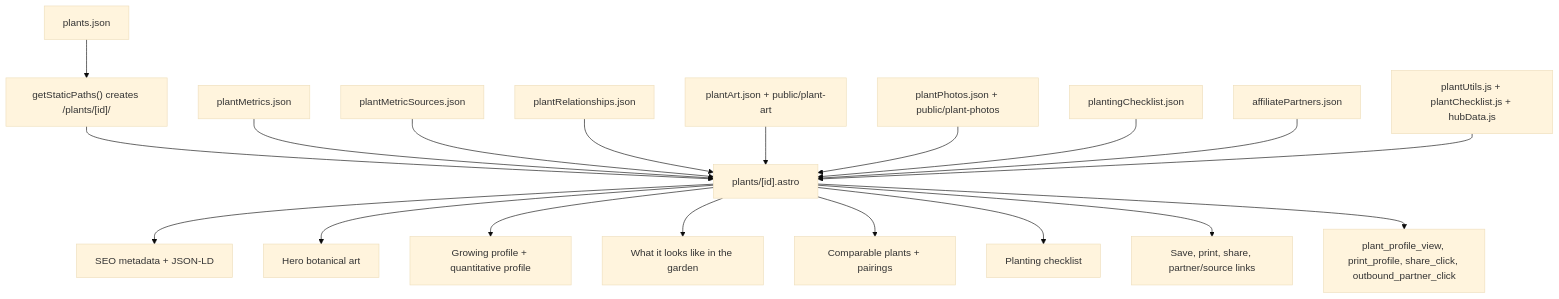
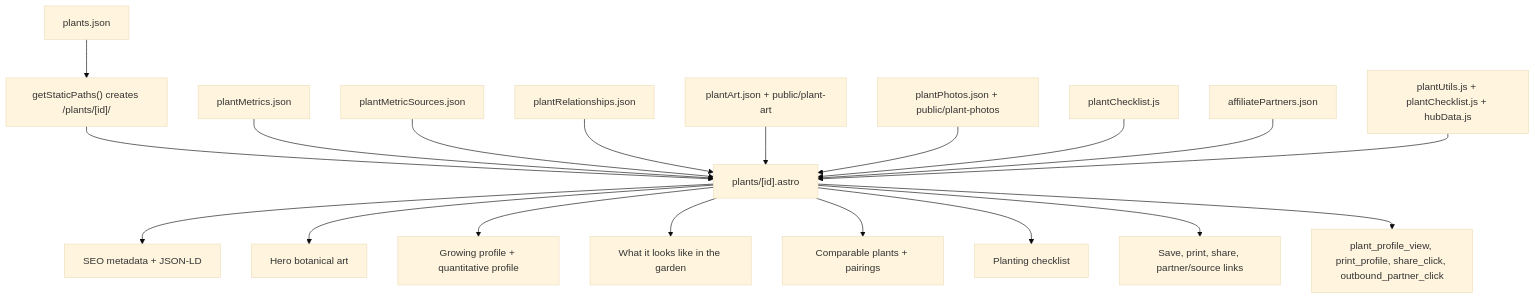
The fourth of 7 diagrams in docs/site-structure.md (aklalejini/whatshouldigrow), drawn with Mermaid (base theme) before and after one commit. The commit also changed other lines of this file and 6 other files, not shown here.

````diff
--- a/docs/site-structure.md
+++ b/docs/site-structure.md
@@ -136,23 +136,23 @@
 ```mermaid
 flowchart TD
   plants["plants.json"] --> staticPaths["getStaticPaths() creates /plants/[id]/"]
   staticPaths --> profile["plants/[id].astro"]
 
   metrics["plantMetrics.json"] --> profile
   metricSources["plantMetricSources.json"] --> profile
   relationships["plantRelationships.json"] --> profile
   art["plantArt.json + public/plant-art"] --> profile
   photos["plantPhotos.json + public/plant-photos"] --> profile
-  checklist["plantingChecklist.json"] --> profile
+  checklist["plantChecklist.js"] --> profile
   partners["affiliatePartners.json"] --> profile
   utilities["plantUtils.js + plantChecklist.js + hubData.js"] --> profile
 
   profile --> seo["SEO metadata + JSON-LD"]
   profile --> hero["Hero botanical art"]
   profile --> details["Growing profile + quantitative profile"]
   profile --> photosUi["What it looks like in the garden"]
   profile --> relationshipsUi["Comparable plants + pairings"]
   profile --> checklistUi["Planting checklist"]
   profile --> actions["Save, print, share, partner/source links"]
   profile --> analytics["plant_profile_view, print_profile, share_click, outbound_partner_click"]
 ```
````
